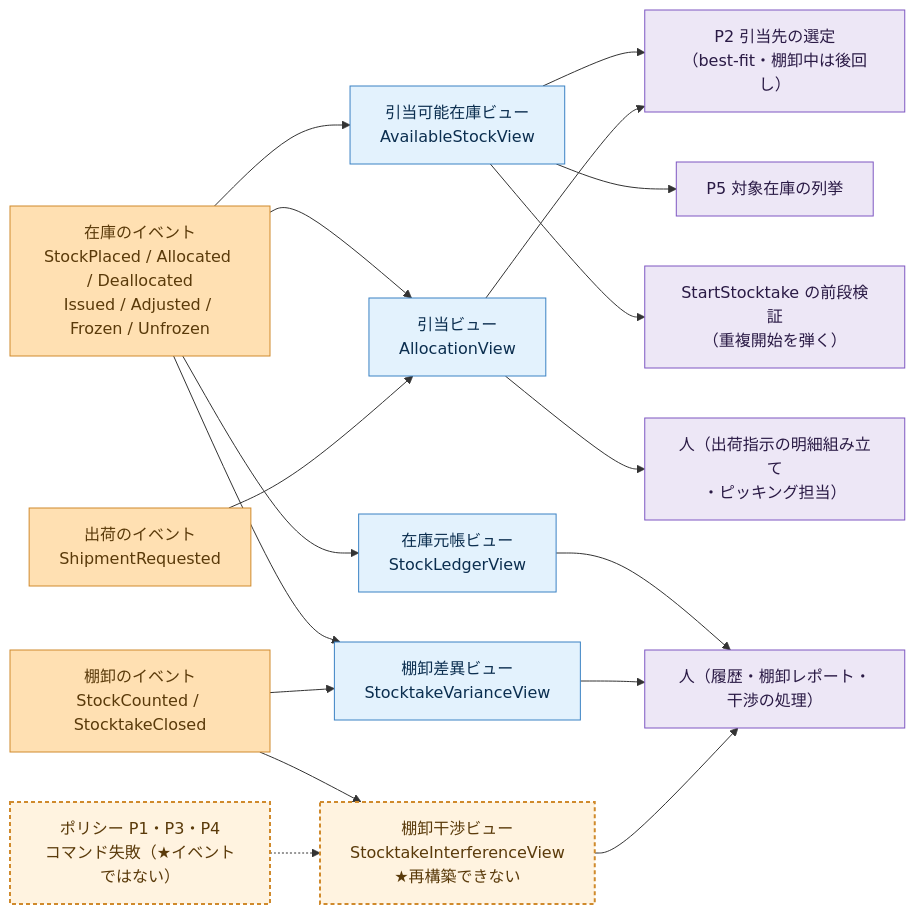
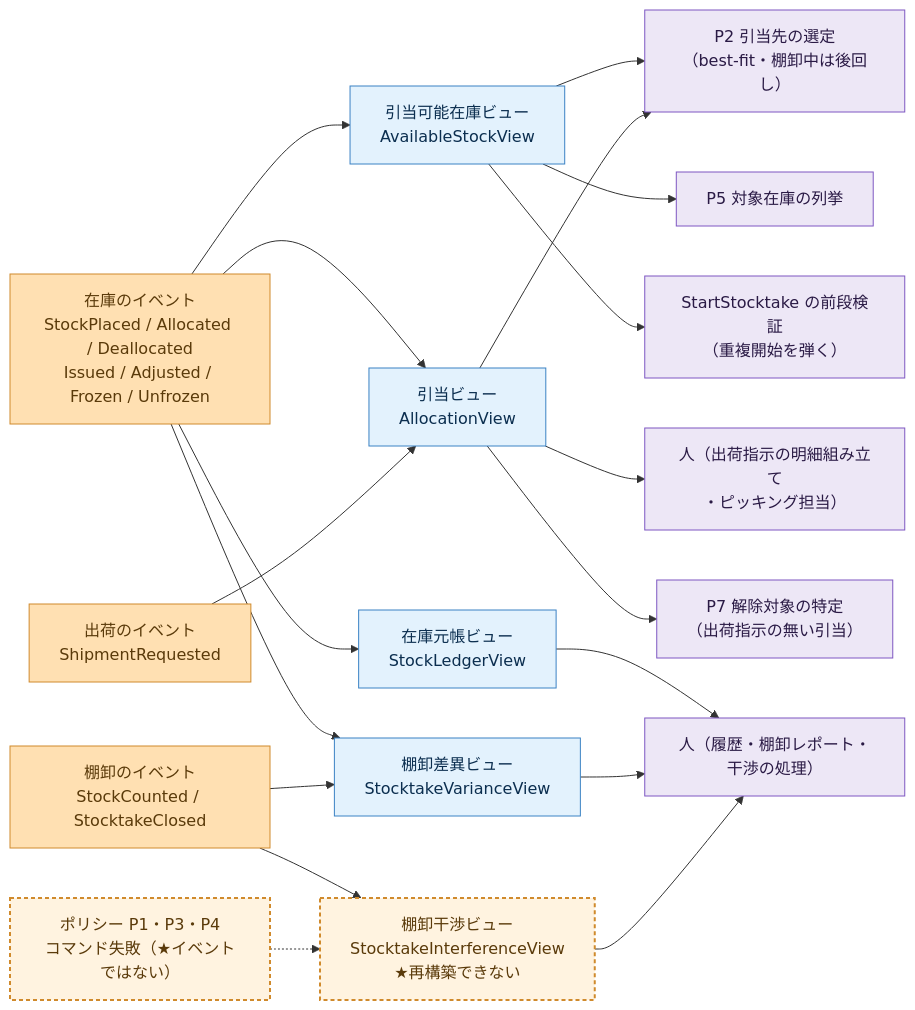
Before and after one commit to nenokido2000/event-sourcing-handson: the fourth of 4 diagrams in docs/tactical-design.md, drawn with Mermaid. The commit also changed other lines of this file and 9 other files, not shown here.

````diff
--- a/docs/tactical-design.md
+++ b/docs/tactical-design.md
@@ -1522,42 +1599,44 @@
 ```mermaid
 graph LR
     classDef ev fill:#ffe0b2,stroke:#d08a2c,color:#5a3a0a;
     classDef view fill:#e3f2fd,stroke:#3b82c4,color:#0b2e4f;
     classDef odd fill:#fff3e0,stroke:#d08a2c,color:#5a3a0a,stroke-width:2px,stroke-dasharray:4 3;
     classDef reader fill:#ede7f6,stroke:#7e57c2,color:#2a1a45;
 
     EINV["在庫のイベント<br/>StockPlaced / Allocated / Deallocated<br/>Issued / Adjusted / Frozen / Unfrozen"]:::ev
     ESHP["出荷のイベント<br/>ShipmentRequested"]:::ev
     ESTK["棚卸のイベント<br/>StockCounted / StocktakeClosed"]:::ev
     FAIL["ポリシー P1・P3・P4<br/>コマンド失敗（★イベントではない）"]:::odd
 
     V1["引当可能在庫ビュー<br/>AvailableStockView"]:::view
     V2["引当ビュー<br/>AllocationView"]:::view
     V3["在庫元帳ビュー<br/>StockLedgerView"]:::view
     V4["棚卸差異ビュー<br/>StocktakeVarianceView"]:::view
     V5["棚卸干渉ビュー<br/>StocktakeInterferenceView<br/>★再構築できない"]:::odd
 
     R1["P2 引当先の選定<br/>（best-fit・棚卸中は後回し）"]:::reader
     R2["P5 対象在庫の列挙"]:::reader
+    R6["P7 解除対象の特定<br/>（出荷指示の無い引当）"]:::reader
     R3["StartStocktake の前段検証<br/>（重複開始を弾く）"]:::reader
     R4["人（履歴・棚卸レポート・干渉の処理）"]:::reader
     R5["人（出荷指示の明細組み立て<br/>・ピッキング担当）"]:::reader
 
     EINV --> V1
     EINV --> V2
     EINV --> V3
     EINV --> V4
     ESHP --> V2
     ESTK --> V4
     ESTK --> V5
     FAIL -.-> V5
 
     V1 --> R1
     V1 --> R2
     V1 --> R3
     V2 --> R1
     V2 --> R5
+    V2 --> R6
     V3 --> R4
     V4 --> R4
     V5 --> R4
 ```
````
